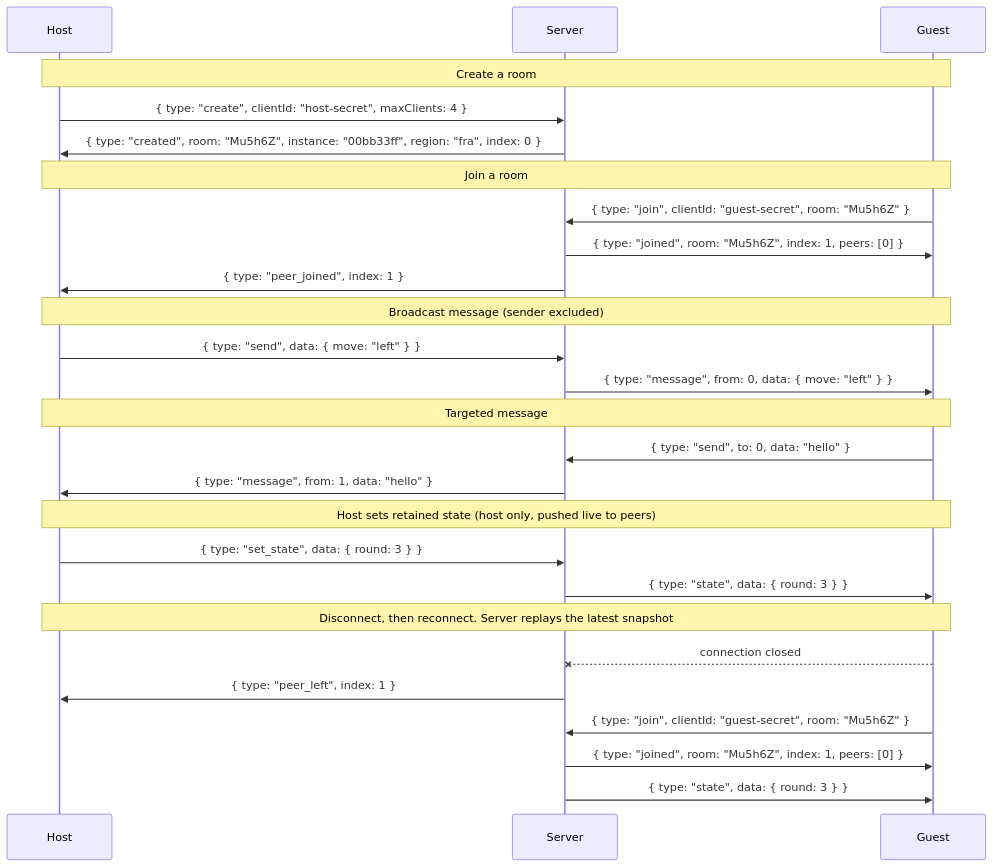
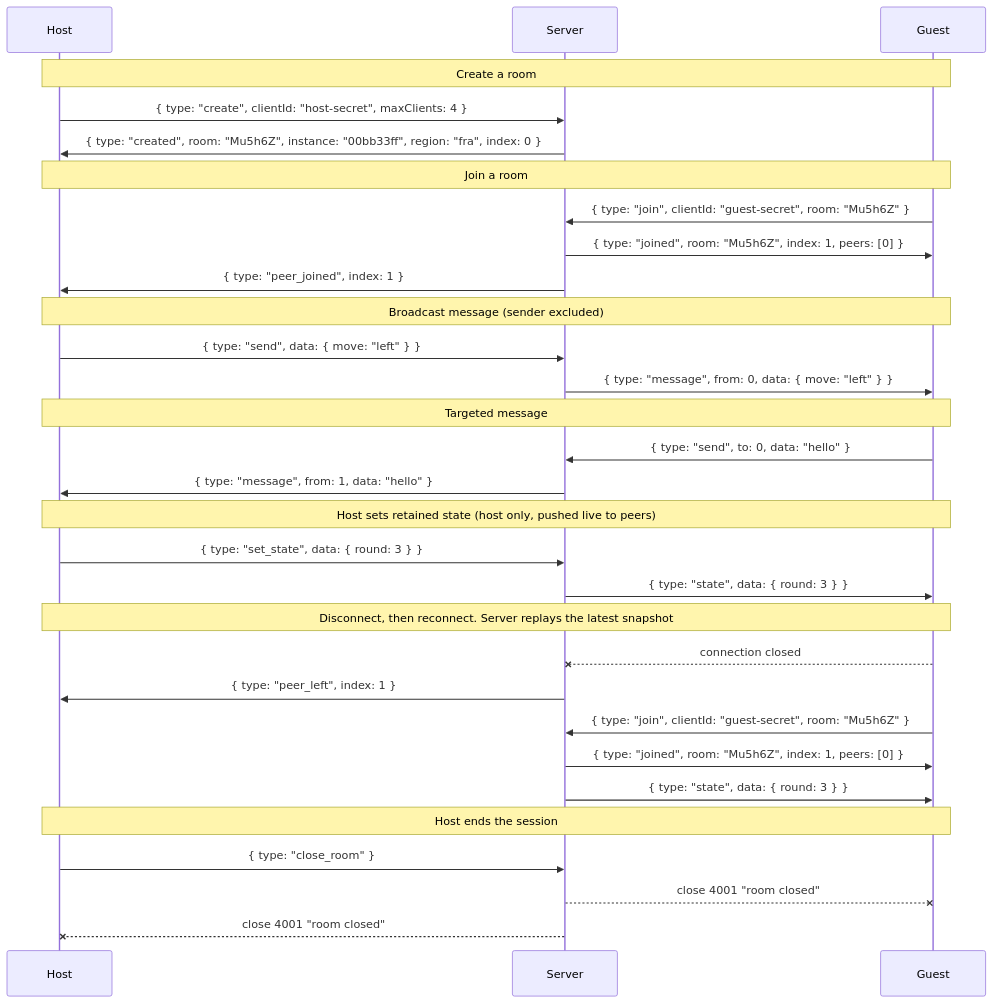
The diagram in README.md (tim4724/Party-Sockets), drawn with Mermaid before and after one commit. The commit also changed other lines of this file and 2 other files, not shown here.

First line of the commit message:
feat: host-closed rooms and hostless-room grace teardown

````diff
--- a/README.md
+++ b/README.md
@@ -104,34 +115,39 @@
 ```mermaid
 sequenceDiagram
     participant H as Host
     participant S as Server
     participant G as Guest
 
     Note over H,G: Create a room
     H->>S: { type: "create", clientId: "host-secret", maxClients: 4 }
     S->>H: { type: "created", room: "Mu5h6Z", instance: "00bb33ff", region: "fra", index: 0 }
 
     Note over H,G: Join a room
     G->>S: { type: "join", clientId: "guest-secret", room: "Mu5h6Z" }
     S->>G: { type: "joined", room: "Mu5h6Z", index: 1, peers: [0] }
     S->>H: { type: "peer_joined", index: 1 }
 
     Note over H,G: Broadcast message (sender excluded)
     H->>S: { type: "send", data: { move: "left" } }
     S->>G: { type: "message", from: 0, data: { move: "left" } }
 
     Note over H,G: Targeted message
     G->>S: { type: "send", to: 0, data: "hello" }
     S->>H: { type: "message", from: 1, data: "hello" }
 
     Note over H,G: Host sets retained state (host only, pushed live to peers)
     H->>S: { type: "set_state", data: { round: 3 } }
     S->>G: { type: "state", data: { round: 3 } }
 
     Note over H,G: Disconnect, then reconnect. Server replays the latest snapshot
     G--xS: connection closed
     S->>H: { type: "peer_left", index: 1 }
     G->>S: { type: "join", clientId: "guest-secret", room: "Mu5h6Z" }
     S->>G: { type: "joined", room: "Mu5h6Z", index: 1, peers: [0] }
     S->>G: { type: "state", data: { round: 3 } }
+
+    Note over H,G: Host ends the session
+    H->>S: { type: "close_room" }
+    S--xG: close 4001 "room closed"
+    S--xH: close 4001 "room closed"
 ```
````
